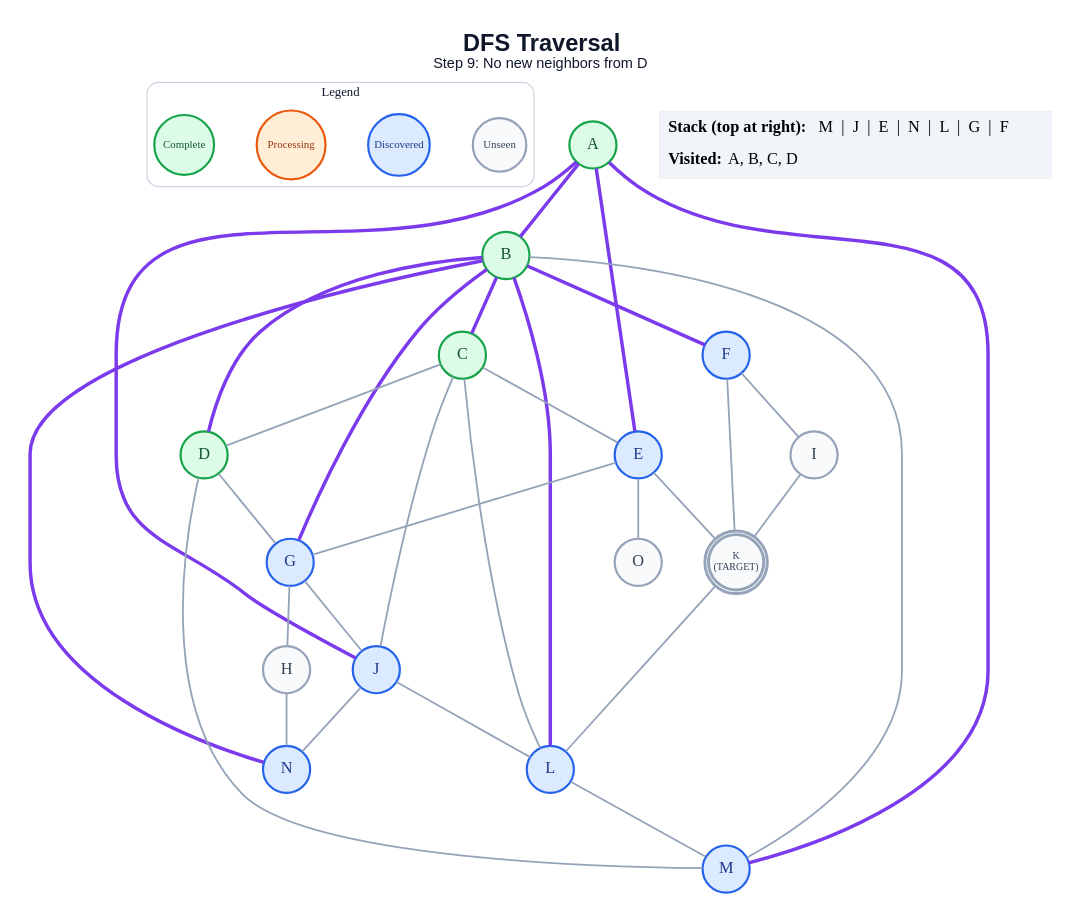
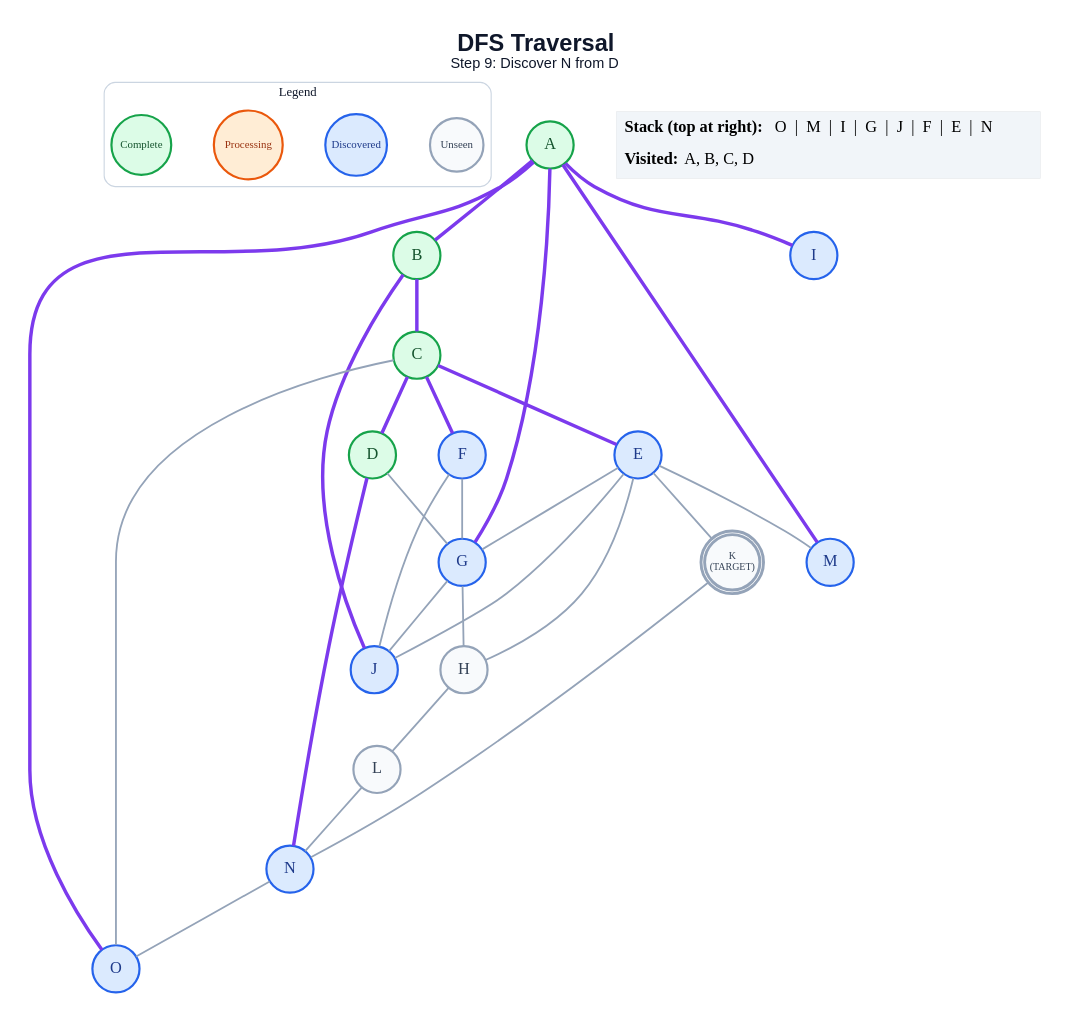
The diagram in generated/short-circuit/dfs/step_09.dot (anon7238593-create/ai-slop), drawn with Graphviz before and after one commit. The commit also changed 252 other files, not shown here.

```diff
--- a/generated/short-circuit/dfs/step_09.dot
+++ b/generated/short-circuit/dfs/step_09.dot
@@ -1,64 +1,60 @@
 graph traversal {
   graph [layout=dot, rankdir=TB, bgcolor="#FFFFFF", pad="0.35", nodesep="0.65", ranksep="0.8", fontname="Arial"];
   node [shape=circle, style="filled", fontname="Arial Bold", fontsize=18, width=0.72, fixedsize=true, penwidth=2.4];
   edge [color="#94A3B8", penwidth=2.0];
-  label=<<B>DFS Traversal</B><BR/><FONT POINT-SIZE="16">Step 9: No new neighbors from D</FONT>>; labelloc="t"; fontsize=26; fontname="Arial"; fontcolor="#0F172A";
+  label=<<B>DFS Traversal</B><BR/><FONT POINT-SIZE="16">Step 9: Discover N from D</FONT>>; labelloc="t"; fontsize=26; fontname="Arial"; fontcolor="#0F172A";
   subgraph cluster_legend { label="Legend"; color="#CBD5E1"; penwidth=1.2; style="rounded"; fontsize=14; fontname="Arial Bold";
     key_unseen [label="Unseen", fillcolor="#F8FAFC", color="#94A3B8", fontcolor="#334155", fontsize=12, width=0.82];
     key_frontier [label="Discovered", fillcolor="#DBEAFE", color="#2563EB", fontcolor="#1E3A8A", fontsize=12, width=0.95];
     key_current [label="Processing", fillcolor="#FFEDD5", color="#EA580C", fontcolor="#9A3412", fontsize=12, width=1.05];
     key_done [label="Complete", fillcolor="#DCFCE7", color="#16A34A", fontcolor="#14532D", fontsize=12, width=0.92];
     { rank=same; key_unseen; key_frontier; key_current; key_done; }
   }
   A [label="A", fillcolor="#DCFCE7", color="#16A34A", fontcolor="#14532D", peripheries=1, penwidth=2.4];
   B [label="B", fillcolor="#DCFCE7", color="#16A34A", fontcolor="#14532D", peripheries=1, penwidth=2.4];
   C [label="C", fillcolor="#DCFCE7", color="#16A34A", fontcolor="#14532D", peripheries=1, penwidth=2.4];
   D [label="D", fillcolor="#DCFCE7", color="#16A34A", fontcolor="#14532D", peripheries=1, penwidth=2.4];
   E [label="E", fillcolor="#DBEAFE", color="#2563EB", fontcolor="#1E3A8A", peripheries=1, penwidth=2.4];
   F [label="F", fillcolor="#DBEAFE", color="#2563EB", fontcolor="#1E3A8A", peripheries=1, penwidth=2.4];
   G [label="G", fillcolor="#DBEAFE", color="#2563EB", fontcolor="#1E3A8A", peripheries=1, penwidth=2.4];
   H [label="H", fillcolor="#F8FAFC", color="#94A3B8", fontcolor="#334155", peripheries=1, penwidth=2.4];
-  I [label="I", fillcolor="#F8FAFC", color="#94A3B8", fontcolor="#334155", peripheries=1, penwidth=2.4];
+  I [label="I", fillcolor="#DBEAFE", color="#2563EB", fontcolor="#1E3A8A", peripheries=1, penwidth=2.4];
   J [label="J", fillcolor="#DBEAFE", color="#2563EB", fontcolor="#1E3A8A", peripheries=1, penwidth=2.4];
   K [label="K\n(TARGET)", fillcolor="#F8FAFC", color="#94A3B8", fontcolor="#334155", peripheries=2, penwidth=3.2, fontsize=11, width=0.85, height=0.85];
-  L [label="L", fillcolor="#DBEAFE", color="#2563EB", fontcolor="#1E3A8A", peripheries=1, penwidth=2.4];
+  L [label="L", fillcolor="#F8FAFC", color="#94A3B8", fontcolor="#334155", peripheries=1, penwidth=2.4];
   M [label="M", fillcolor="#DBEAFE", color="#2563EB", fontcolor="#1E3A8A", peripheries=1, penwidth=2.4];
   N [label="N", fillcolor="#DBEAFE", color="#2563EB", fontcolor="#1E3A8A", peripheries=1, penwidth=2.4];
-  O [label="O", fillcolor="#F8FAFC", color="#94A3B8", fontcolor="#334155", peripheries=1, penwidth=2.4];
+  O [label="O", fillcolor="#DBEAFE", color="#2563EB", fontcolor="#1E3A8A", peripheries=1, penwidth=2.4];
   A -- B [color="#7C3AED", penwidth=3.8];
-  A -- E [color="#7C3AED", penwidth=3.8];
-  A -- J [color="#7C3AED", penwidth=3.8];
+  A -- G [color="#7C3AED", penwidth=3.8];
+  A -- I [color="#7C3AED", penwidth=3.8];
   A -- M [color="#7C3AED", penwidth=3.8];
+  A -- O [color="#7C3AED", penwidth=3.8];
   B -- C [color="#7C3AED", penwidth=3.8];
-  B -- D [color="#7C3AED", penwidth=3.8];
-  B -- F [color="#7C3AED", penwidth=3.8];
-  B -- G [color="#7C3AED", penwidth=3.8];
-  B -- L [color="#7C3AED", penwidth=3.8];
-  B -- M;
-  B -- N [color="#7C3AED", penwidth=3.8];
-  C -- D;
-  C -- E;
-  C -- J;
-  C -- L;
+  B -- J [color="#7C3AED", penwidth=3.8];
+  C -- D [color="#7C3AED", penwidth=3.8];
+  C -- E [color="#7C3AED", penwidth=3.8];
+  C -- F [color="#7C3AED", penwidth=3.8];
+  C -- O;
   D -- G;
-  D -- M;
+  D -- N [color="#7C3AED", penwidth=3.8];
   E -- G;
+  E -- H;
+  E -- J;
   E -- K;
-  E -- O;
-  F -- I;
-  F -- K;
+  E -- M;
+  F -- G;
+  F -- J;
   G -- H;
   G -- J;
-  H -- N;
-  I -- K;
-  J -- L;
-  J -- N;
-  K -- L;
-  L -- M;
+  H -- L;
+  K -- N;
+  L -- N;
+  N -- O;
   status [shape=plain, fixedsize=false, width=0, height=0, margin=0, label=<
     <TABLE BORDER="0" CELLBORDER="0" CELLPADDING="7" BGCOLOR="#F1F5F9">
-      <TR><TD ALIGN="LEFT"><B>Stack (top at right):</B> M  |  J  |  E  |  N  |  L  |  G  |  F</TD></TR>
+      <TR><TD ALIGN="LEFT"><B>Stack (top at right):</B> O  |  M  |  I  |  G  |  J  |  F  |  E  |  N</TD></TR>
       <TR><TD ALIGN="LEFT"><B>Visited:</B> A, B, C, D</TD></TR>
     </TABLE>
   >];
 }
```
